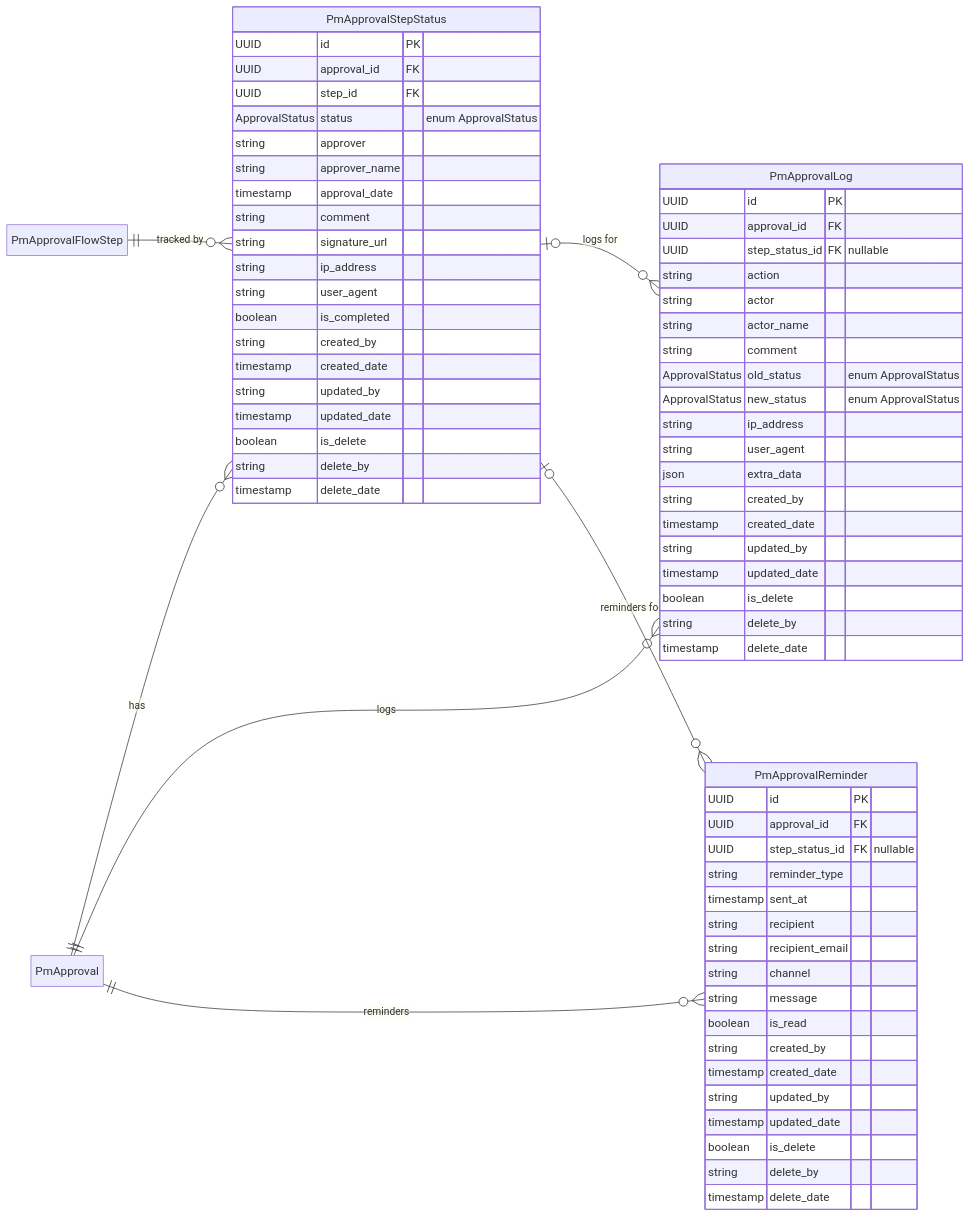
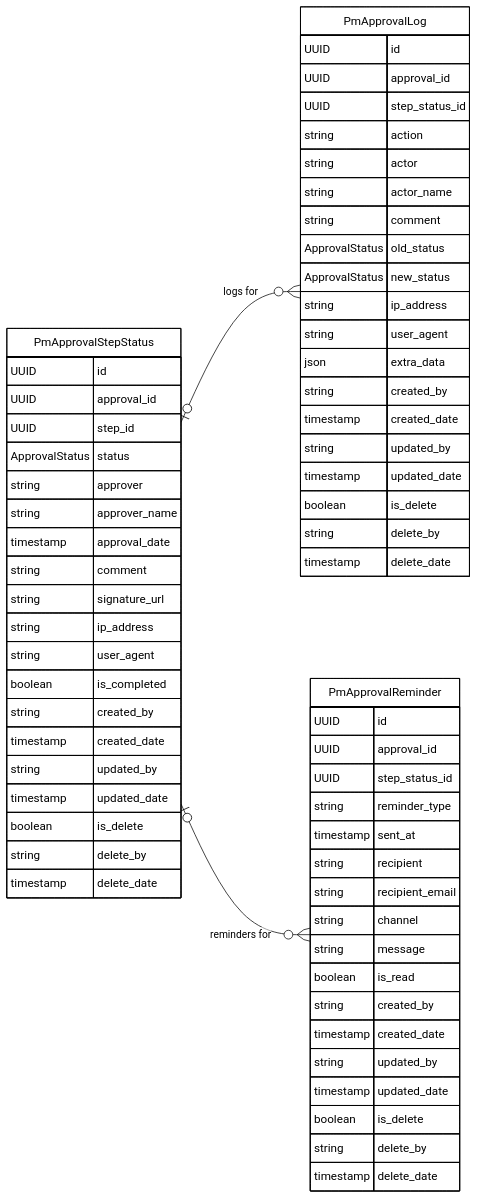
One commit to softinter-chiangrai/sic-project changed the diagram in docs/erd/erd-05b2-approval-execution.mmd. Above: the diagram before and after it, drawn with Mermaid. The commit also changed 111 other files, not shown here.

Commit message:
feat: add dashboard, portfolio gantt widget, and system architecture diagrams

```diff
--- a/docs/erd/erd-05b2-approval-execution.mmd
+++ b/docs/erd/erd-05b2-approval-execution.mmd
@@ -1,86 +1,74 @@
 %% title: ERD 05b2 - Approval Step Status / Log / Reminder
 %% Module: Approval workflow engine, execution/audit trail (part 4 of 4, see erd-05b1 for Flow/FlowStep/Approval)
 
 erDiagram
     direction LR
 
-%%{init: {"er": {"diagramPadding": 6, "entityPadding": 8, "minEntityWidth": 70, "minEntityHeight": 30, "fontSize": 16}}}%%
-
-    %% external entity, defined in erd-05b1-approval-flow-definition.mmd (same module)
-    PmApprovalFlowStep {
-    }
-
-    %% external entity, defined in erd-05b1-approval-flow-definition.mmd (same module)
-    PmApproval {
-    }
-
+%%{init: {"theme": "base", "themeVariables": {"primaryColor": "#ffffff", "primaryBorderColor": "#000000", "primaryTextColor": "#000000", "lineColor": "#000000", "secondaryColor": "#ffffff", "tertiaryColor": "#ffffff"}, "er": {"diagramPadding": 8, "entityPadding": 12, "minEntityWidth": 90, "minEntityHeight": 40, "fontSize": 22}}}%%
     PmApprovalStepStatus {
-        UUID id PK
-        UUID approval_id FK
-        UUID step_id FK
-        ApprovalStatus status "enum ApprovalStatus"
+        UUID id
+        UUID approval_id
+        UUID step_id
+        ApprovalStatus status
         string approver
         string approver_name
         timestamp approval_date
         string comment
         string signature_url
         string ip_address
         string user_agent
         boolean is_completed
         string created_by
         timestamp created_date
         string updated_by
         timestamp updated_date
         boolean is_delete
         string delete_by
         timestamp delete_date
     }
 
     PmApprovalLog {
-        UUID id PK
-        UUID approval_id FK
-        UUID step_status_id FK "nullable"
+        UUID id
+        UUID approval_id
+        UUID step_status_id
         string action
         string actor
         string actor_name
         string comment
-        ApprovalStatus old_status "enum ApprovalStatus"
-        ApprovalStatus new_status "enum ApprovalStatus"
+        ApprovalStatus old_status
+        ApprovalStatus new_status
         string ip_address
         string user_agent
         json extra_data
         string created_by
         timestamp created_date
         string updated_by
         timestamp updated_date
         boolean is_delete
         string delete_by
         timestamp delete_date
     }
 
     PmApprovalReminder {
-        UUID id PK
-        UUID approval_id FK
-        UUID step_status_id FK "nullable"
+        UUID id
+        UUID approval_id
+        UUID step_status_id
         string reminder_type
         timestamp sent_at
         string recipient
         string recipient_email
         string channel
         string message
         boolean is_read
         string created_by
         timestamp created_date
         string updated_by
         timestamp updated_date
         boolean is_delete
         string delete_by
         timestamp delete_date
     }
 
-    PmApprovalFlowStep ||--o{ PmApprovalStepStatus : "tracked by"
-    PmApproval ||--o{ PmApprovalStepStatus : "has"
-    PmApproval ||--o{ PmApprovalLog : "logs"
     PmApprovalStepStatus |o--o{ PmApprovalLog : "logs for"
-    PmApproval ||--o{ PmApprovalReminder : "reminders"
+
     PmApprovalStepStatus |o--o{ PmApprovalReminder : "reminders for"
```
